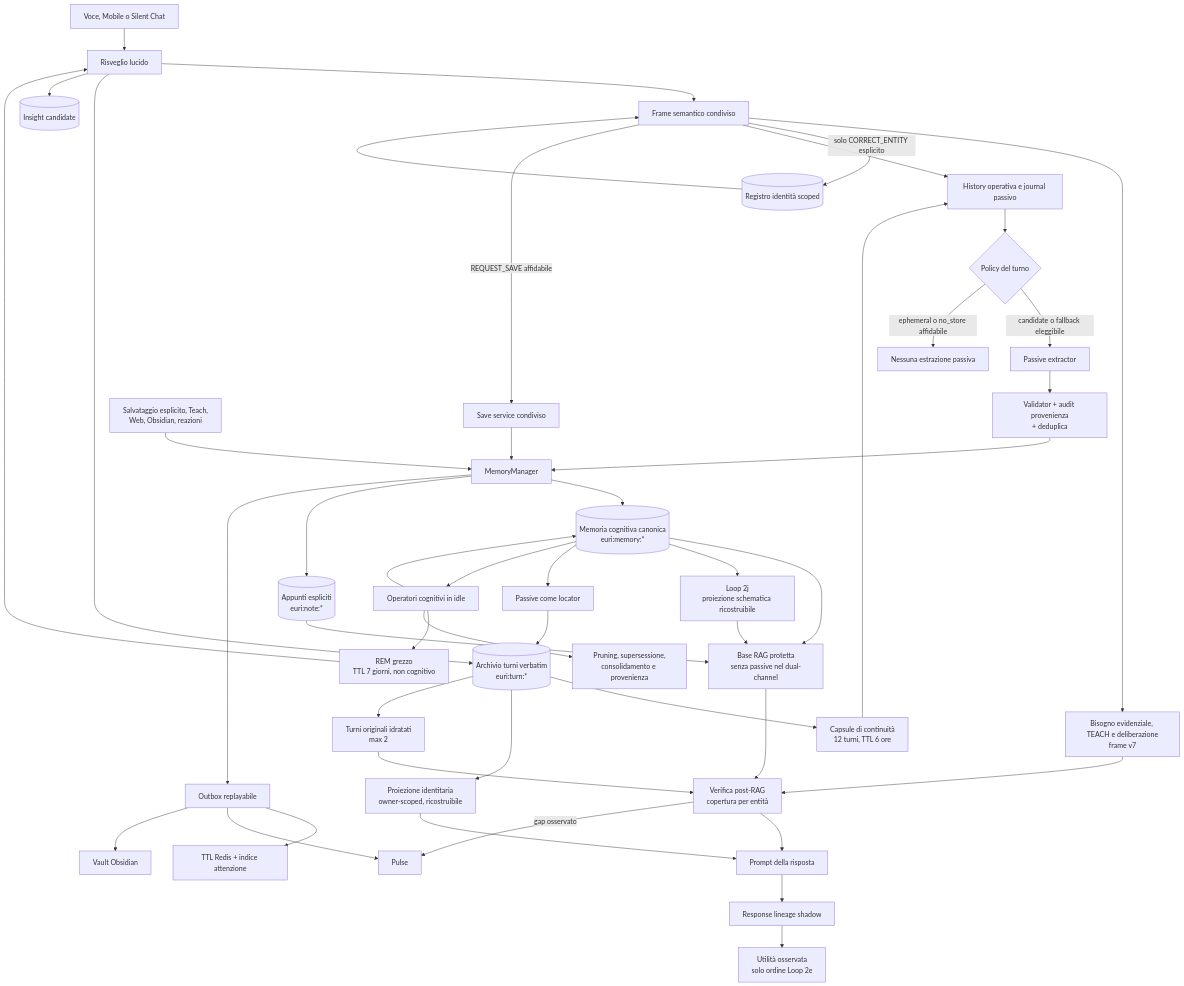
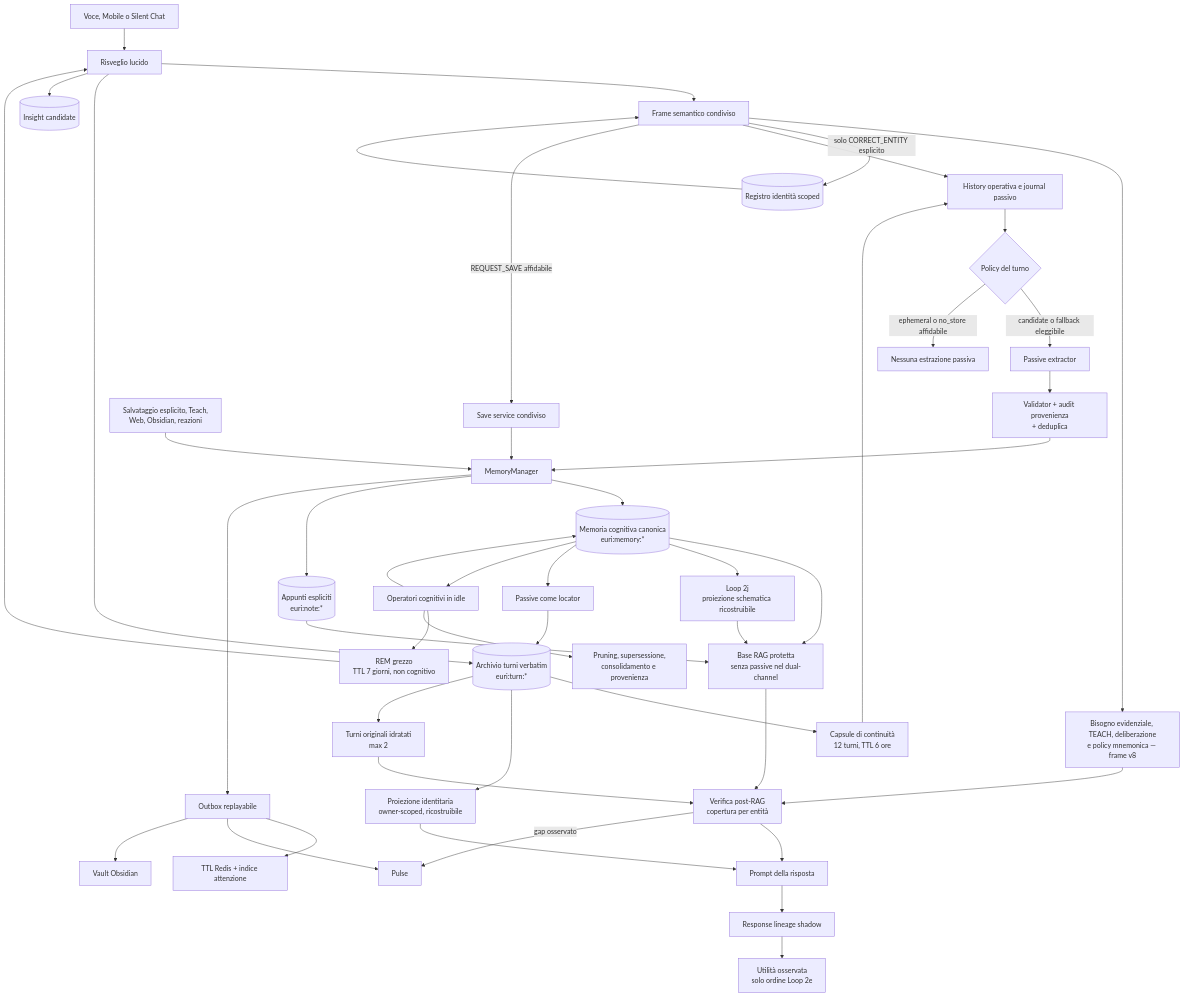
One commit to fioruccione/euri changed the first of 4 diagrams in docs/EURI_MEMORY_ARCHITECTURE.md. Above: the diagram before and after it, drawn with Mermaid. The commit also changed other lines of this file and 27 other files, not shown here.

````diff
--- a/docs/EURI_MEMORY_ARCHITECTURE.md
+++ b/docs/EURI_MEMORY_ARCHITECTURE.md
@@ -30,51 +30,51 @@
 ```mermaid
 flowchart TB
     U[Voce, Mobile o Silent Chat] --> W[Whisper o testo raw]
     W --> S[Frame semantico condiviso]
-    S --> KN[Bisogno evidenziale, TEACH e deliberazione<br/>frame v7]
+    S --> KN[Bisogno evidenziale, TEACH, deliberazione<br/>e policy mnemonica — frame v8]
     W --> T[(Archivio turni verbatim<br/>euri:turn:*)]
     S -->|solo CORRECT_ENTITY esplicito| AR[(Registro identità scoped)]
     AR --> S
     S --> H[History operativa e journal passivo]
     S -->|REQUEST_SAVE affidabile| SV[Save service condiviso]
     SV --> M
     T --> C[Capsule di continuità<br/>12 turni, TTL 6 ore]
     C --> H
     T --> PM[Proiezione identitaria<br/>owner-scoped, ricostruibile]
 
     H --> P{Policy del turno}
     P -->|candidate o fallback eleggibile| E[Passive extractor]
     P -->|ephemeral o no_store affidabile| X[Nessuna estrazione passiva]
     E --> V[Validator + audit provenienza<br/>+ deduplica]
     V --> M[MemoryManager]
     A[Salvataggio esplicito, Teach,<br/>Web, Obsidian, reazioni] --> M
     M --> J[(Memoria cognitiva canonica<br/>euri:memory:*)]
     M --> N[(Appunti espliciti<br/>euri:note:*)]
     M --> O[Outbox replayabile]
     O --> TTL[TTL Redis + indice attenzione]
     O --> PU[Pulse]
     O --> OB[Vault Obsidian]
 
     J --> R[Base RAG protetta<br/>senza passive nel dual-channel]
     J --> SJ[Loop 2j<br/>proiezione schematica ricostruibile]
     SJ --> R
     N --> R
     J --> L[Passive come locator]
     L --> T
     T --> D[Turni originali idratati<br/>max 2]
     R --> KG[Verifica post-RAG<br/>copertura per entità]
     D --> KG
     KN --> KG
     KG --> Q[Prompt della risposta]
     KG -->|gap osservato| PU
     PM --> Q
     Q --> RL[Response lineage shadow]
     RL --> UT[Utilità osservata<br/>solo ordine Loop 2e]
 
     J --> DR[Operatori cognitivi in idle]
     DR --> J
     DR --> REM[REM grezzo<br/>TTL 7 giorni, non cognitivo]
     REM --> W[Risveglio lucido]
     W --> I[(Insight candidate)]
     DR --> PR[Pruning, supersessione,<br/>consolidamento e provenienza]
 ```
````
